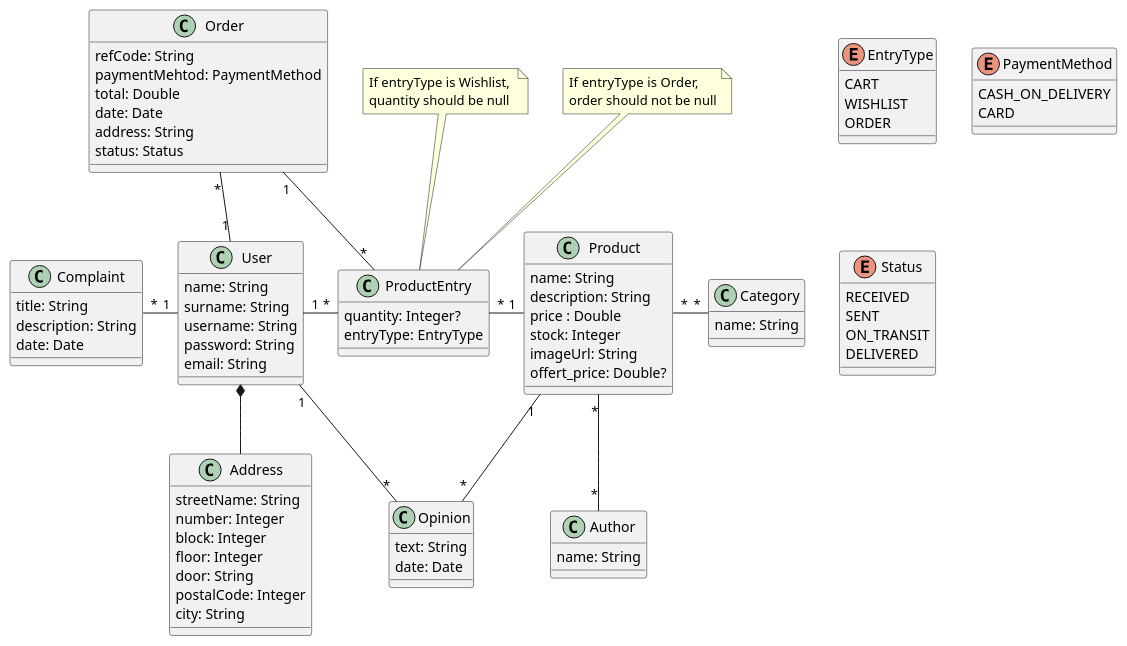
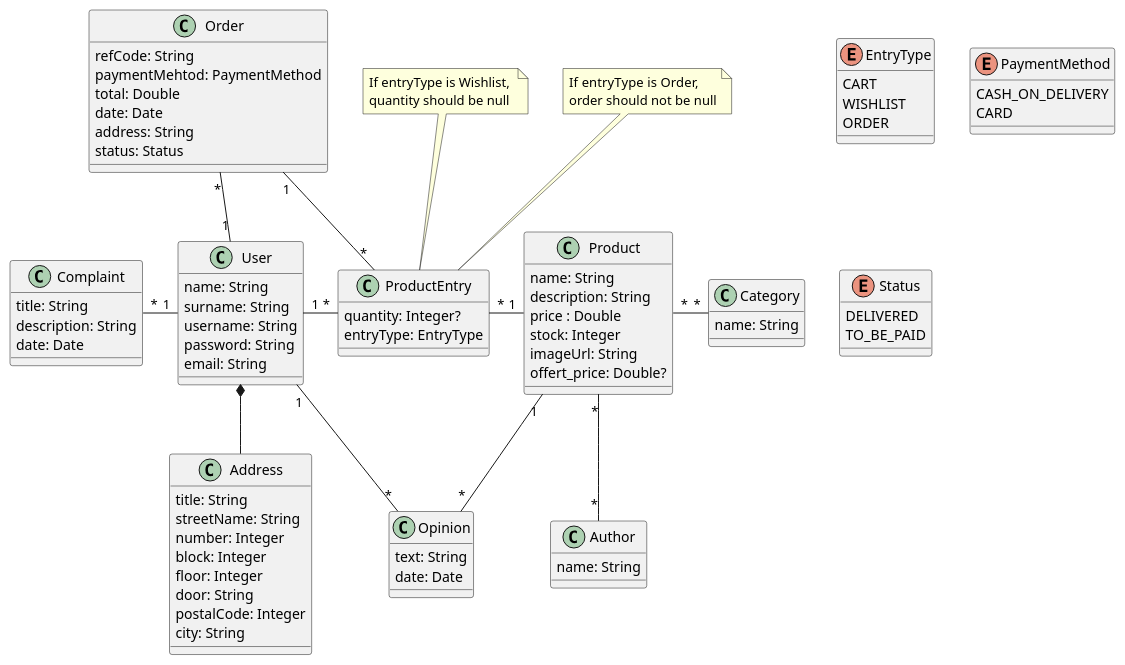
Before and after one commit to PGPI-G3-06/Acme-NFT: the diagram in DiagramAcme.wsd, drawn with PlantUML. The commit also changed 16 other files, not shown here.

```diff
--- a/DiagramAcme.wsd
+++ b/DiagramAcme.wsd
@@ -1,104 +1,103 @@
 @startuml Acme NFT
 
 class User {
     name: String
     surname: String
     username: String
     password: String
     email: String
 }
 
 class ProductEntry {
     quantity: Integer?
     entryType: EntryType
 }
 
 note top of ProductEntry
     If entryType is Wishlist, 
     quantity should be null
 endnote
 
 note top of ProductEntry
     If entryType is Order, 
     order should not be null
 endnote
 
 enum EntryType {
     CART
     WISHLIST
     ORDER
 
 }
 
 class Address {
+    title: String
     streetName: String
     number: Integer
     block: Integer
     floor: Integer
     door: String
     postalCode: Integer
     city: String
 }
 
 class Product {
     name: String
     description: String
     price : Double
     stock: Integer
     imageUrl: String
     offert_price: Double?
 }
 
 class Category {
     name: String
 }
 
 class Author {
     name: String
 }
 
 class Order {
     refCode: String
     paymentMehtod: PaymentMethod
     total: Double
     date: Date
     address: String
     status: Status
 }
 
 enum PaymentMethod{
     CASH_ON_DELIVERY
     CARD
 }
 
 enum Status {
-    RECEIVED
-    SENT
-    ON_TRANSIT
     DELIVERED
+    TO_BE_PAID
 }
 
 class Opinion{
     text: String
     date: Date
 }
 
 class Complaint {
     title: String
     description: String
     date: Date
 }
 
 
 User *-- Address
 Product "*" - "*" Category
 Product "*" -d- "*" Author
 User "1" - "*" ProductEntry
 ProductEntry "*" - "1" Product
 Order "1" -d- "*" ProductEntry
 User "1" -u- "*" Order
 Product "1" -d- "*" Opinion
 Opinion "*" - "1" User
 User "1" -l- "*" Complaint
 
 @enduml
```
